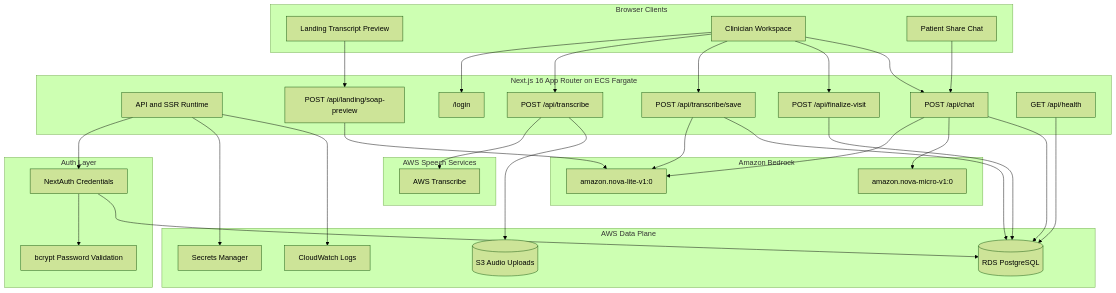
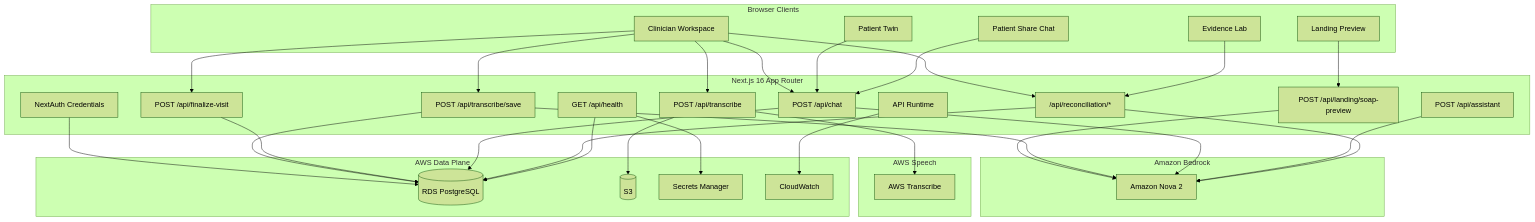
The first of 3 diagrams in AWS_AMAZON_NOVA_INTEGRATION_DEEP_DIVE.md (Manoj7ar/Synth-Hackathon), drawn with Mermaid (forest theme) before and after one commit. The commit also changed other lines of this file and 20 other files, not shown here.

Commit message:
Add patient twin and evidence lab workflows

````diff
--- a/AWS_AMAZON_NOVA_INTEGRATION_DEEP_DIVE.md
+++ b/AWS_AMAZON_NOVA_INTEGRATION_DEEP_DIVE.md
@@ -73,67 +75,65 @@
 ```mermaid
 flowchart TB
   subgraph Browser[Browser Clients]
-    LANDING[Landing Transcript Preview]
+    LANDING[Landing Preview]
     CLINICIAN[Clinician Workspace]
+    TWIN[Patient Twin]
+    LAB[Evidence Lab]
     PATIENT[Patient Share Chat]
   end
 
-  subgraph App[Next.js 16 App Router on ECS Fargate]
-    APP_RUNTIME[API and SSR Runtime]
-    LOGIN["/login"]
+  subgraph App[Next.js 16 App Router]
+    APP_RUNTIME[API Runtime]
+    AUTH[NextAuth Credentials]
     PREVIEW["POST /api/landing/soap-preview"]
     TRANSCRIBE["POST /api/transcribe"]
     SAVE["POST /api/transcribe/save"]
     FINALIZE["POST /api/finalize-visit"]
     CHAT["POST /api/chat"]
+    RECON["/api/reconciliation/*"]
+    ASSIST["POST /api/assistant"]
     HEALTH["GET /api/health"]
   end
 
-  subgraph Auth[Auth Layer]
-    NEXTAUTH[NextAuth Credentials]
-    BCRYPT[bcrypt Password Validation]
+  subgraph AI[Amazon Bedrock]
+    NOVA[Amazon Nova 2]
   end
 
-  subgraph AI[Amazon Bedrock]
-    NOVA_LITE[amazon.nova-lite-v1:0]
-    NOVA_MICRO[amazon.nova-micro-v1:0]
+  subgraph Speech[AWS Speech]
+    TR[AWS Transcribe]
   end
 
-  subgraph Speech[AWS Speech Services]
-    TRANSCRIBE_SVC[AWS Transcribe]
-  end
-
-  subgraph Storage[AWS Data Plane]
+  subgraph Data[AWS Data Plane]
     RDS[(RDS PostgreSQL)]
-    S3[(S3 Audio Uploads)]
+    S3[(S3)]
     SECRETS[Secrets Manager]
-    CW[CloudWatch Logs]
+    CW[CloudWatch]
   end
 
   LANDING --> PREVIEW
-  CLINICIAN --> LOGIN
   CLINICIAN --> TRANSCRIBE
   CLINICIAN --> SAVE
   CLINICIAN --> FINALIZE
   CLINICIAN --> CHAT
+  CLINICIAN --> RECON
+  TWIN --> CHAT
+  LAB --> RECON
   PATIENT --> CHAT
 
-  APP_RUNTIME --> NEXTAUTH
-  NEXTAUTH --> BCRYPT
-  NEXTAUTH --> RDS
-
-  PREVIEW --> NOVA_LITE
-  SAVE --> NOVA_LITE
-  CHAT --> NOVA_LITE
-  CHAT --> NOVA_MICRO
-  TRANSCRIBE --> TRANSCRIBE_SVC
+  AUTH --> RDS
+  PREVIEW --> NOVA
+  SAVE --> NOVA
+  CHAT --> NOVA
+  ASSIST --> NOVA
+  RECON --> NOVA
+  TRANSCRIBE --> TR
   TRANSCRIBE --> S3
 
   SAVE --> RDS
   FINALIZE --> RDS
   CHAT --> RDS
+  RECON --> RDS
   HEALTH --> RDS
-
-  APP_RUNTIME --> SECRETS
+  HEALTH --> SECRETS
   APP_RUNTIME --> CW
 ```
````
